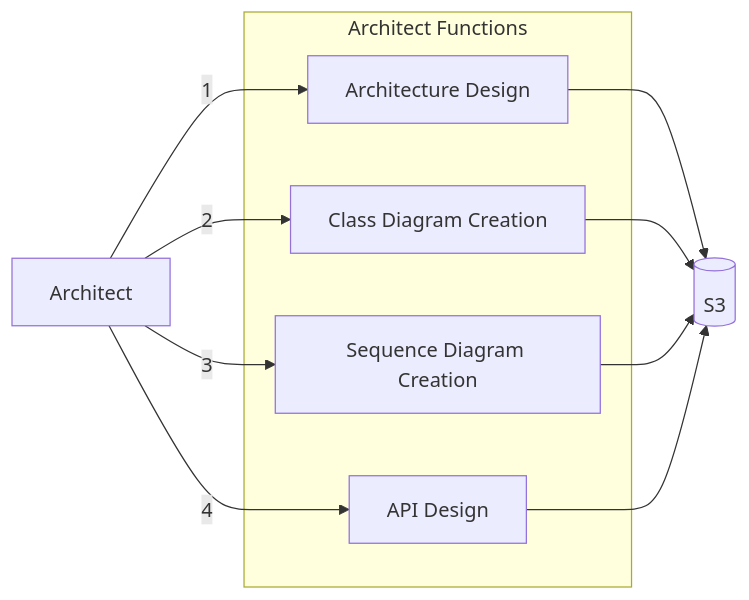
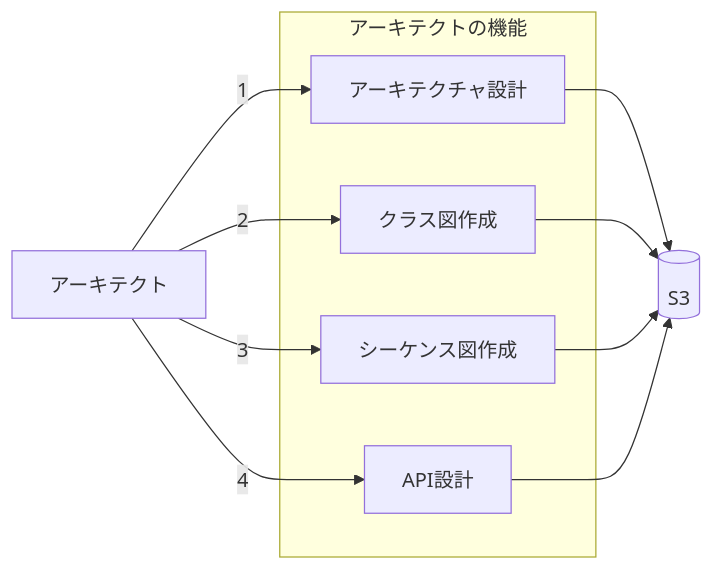
Before and after one commit to aws-samples/multi-agent-samples-jp: the fifth of 10 diagrams in README.md, drawn with Mermaid. The commit also changed other lines of this file and 2 other files, not shown here.

````diff
--- a/README.md
+++ b/README.md
@@ -212,19 +210,19 @@
 ```mermaid
 graph LR
-    ARCH[Architect] --> |1| AD[Architecture Design]
-    ARCH --> |2| CD[Class Diagram Creation]
-    ARCH --> |3| SD[Sequence Diagram Creation]
-    ARCH --> |4| API[API Design]
+    ARCH[アーキテクト] --> |1| AD[アーキテクチャ設計]
+    ARCH --> |2| CD[クラス図作成]
+    ARCH --> |3| SD[シーケンス図作成]
+    ARCH --> |4| API[API設計]
     
     AD --> S3[(S3)]
     CD --> S3
     SD --> S3
     API --> S3
     
-    subgraph "Architect Functions"
+    subgraph "アーキテクトの機能"
     AD
     CD
     SD
     API
     end
 ```
````
